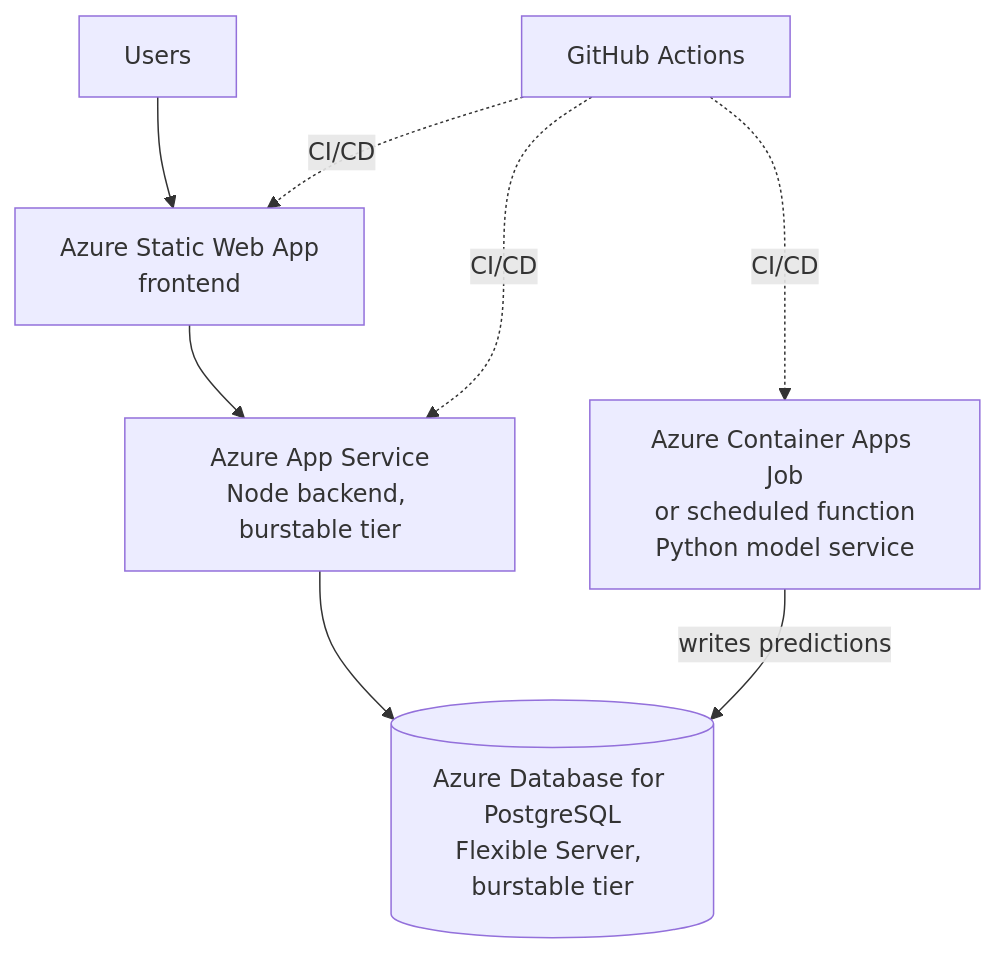
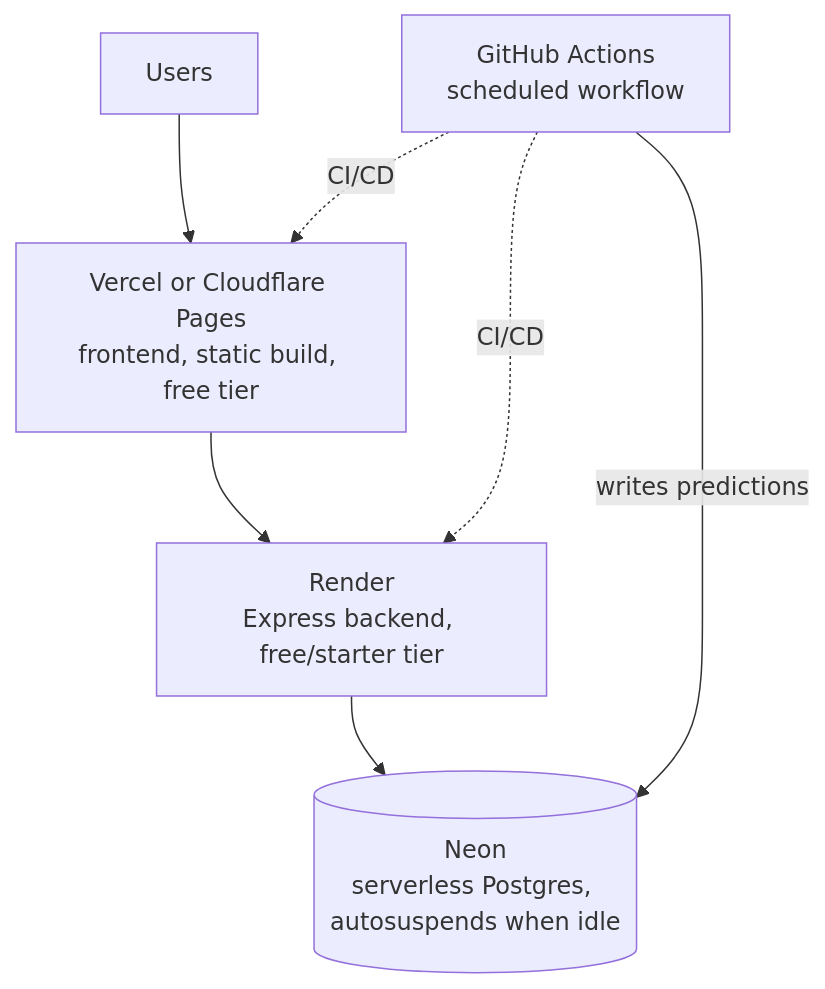
Before and after one commit to nolanlavender/mentat-fc: the third of 3 diagrams in docs/architecture.md, drawn with Mermaid. The commit also changed other lines of this file and 3 other files, not shown here.

````diff
--- a/docs/architecture.md
+++ b/docs/architecture.md
@@ -94,10 +101,9 @@
 ```mermaid
 flowchart TD
-    Users --> SWA[Azure Static Web App\nfrontend]
-    SWA --> ASE[Azure App Service\nNode backend, burstable tier]
-    ASE --> APG[(Azure Database for PostgreSQL\nFlexible Server, burstable tier)]
-    MODELJOB[Azure Container Apps Job\nor scheduled function\nPython model service] -- writes predictions --> APG
-    GH[GitHub Actions] -.CI/CD.-> SWA
-    GH -.CI/CD.-> ASE
-    GH -.CI/CD.-> MODELJOB
+    Users --> VC[Vercel or Cloudflare Pages\nfrontend, static build, free tier]
+    VC --> RND[Render\nExpress backend, free/starter tier]
+    RND --> NEON[(Neon\nserverless Postgres, autosuspends when idle)]
+    GHA[GitHub Actions\nscheduled workflow] -- writes predictions --> NEON
+    GHA -.CI/CD.-> VC
+    GHA -.CI/CD.-> RND
 ```
````
